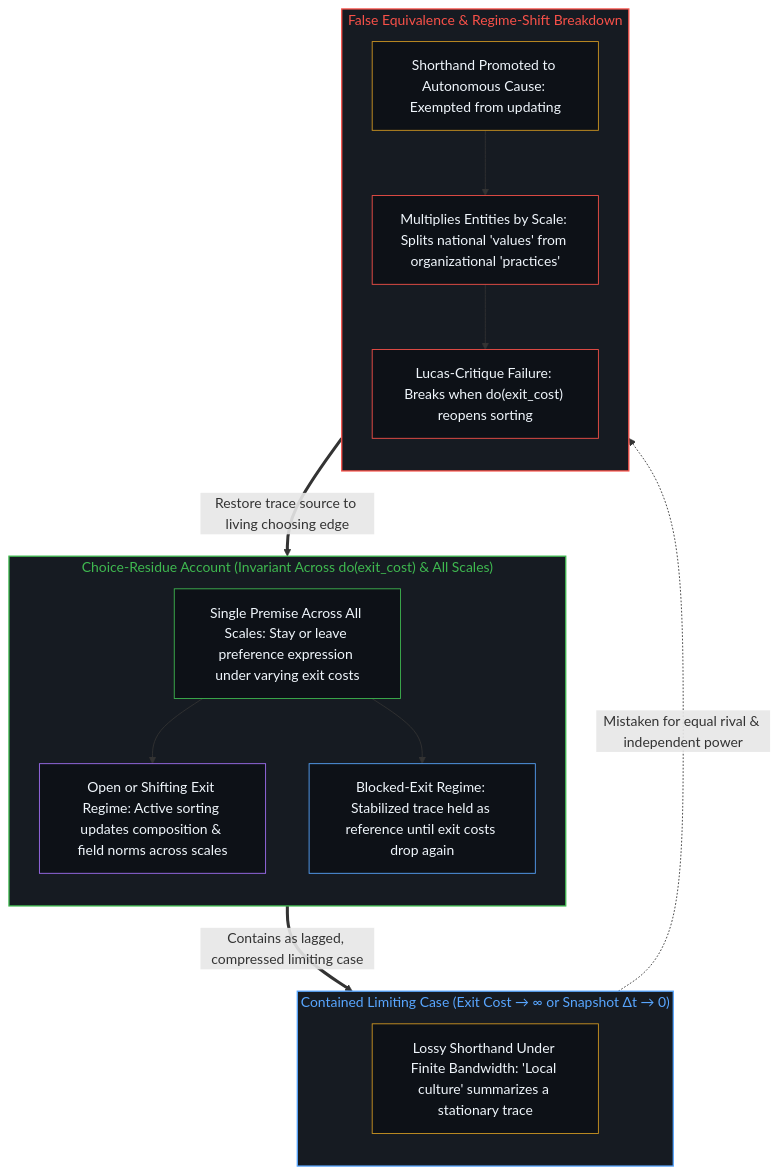
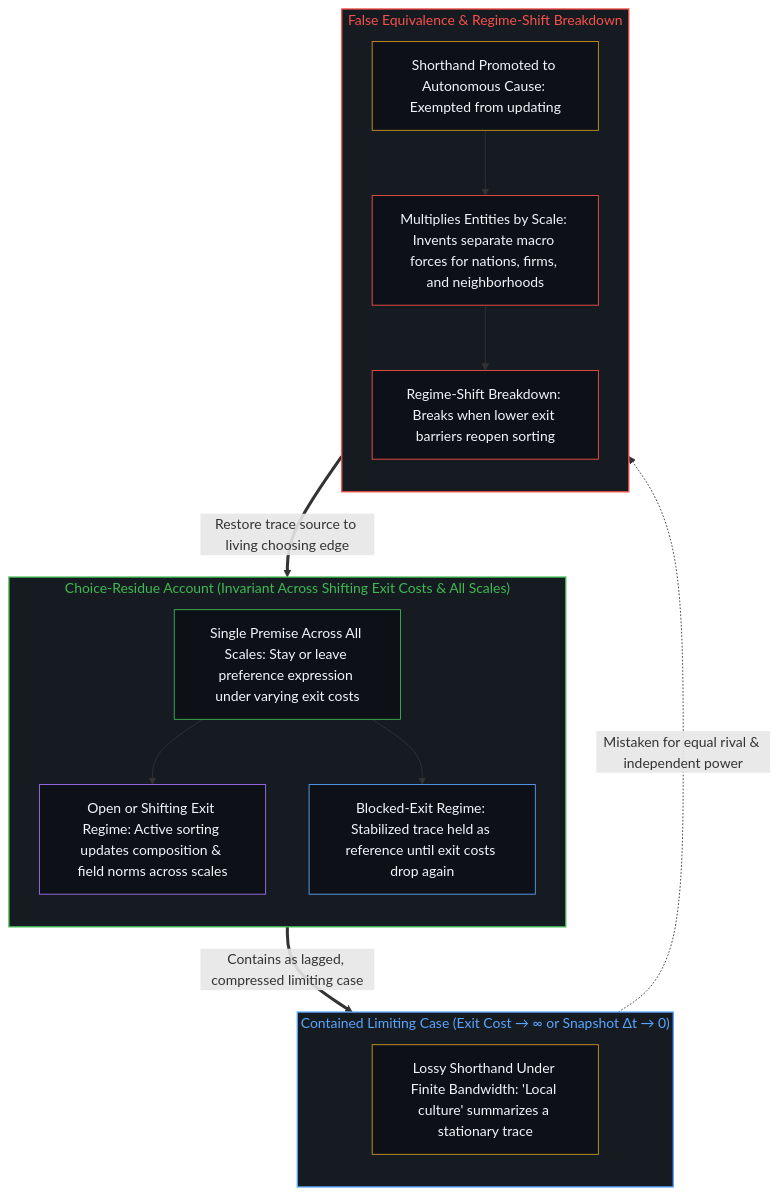
The fourth of 4 diagrams in content/posts/the-residue-of-sorting-and-the-non-equivalence-of-interpretations.md (powerpig99/not-a-toe), drawn with Mermaid before and after one commit. The commit also changed other lines of this file and 24 other files, not shown here.

````diff
--- a/content/posts/the-residue-of-sorting-and-the-non-equivalence-of-interpretations.md
+++ b/content/posts/the-residue-of-sorting-and-the-non-equivalence-of-interpretations.md
@@ -161,35 +157,35 @@
 ```mermaid
 flowchart TD
-    subgraph S_Res["Choice-Residue Account (Invariant Across do(exit_cost) & All Scales)"]
+    subgraph S_Res["Choice-Residue Account (Invariant Across Shifting Exit Costs & All Scales)"]
         direction TB
         R1["Single Premise Across All Scales: Stay or leave preference expression under varying exit costs"]
         R2["Open or Shifting Exit Regime: Active sorting updates composition & field norms across scales"]
         R3["Blocked-Exit Regime: Stabilized trace held as reference until exit costs drop again"]
         R1 --> R2
         R1 --> R3
     end
     subgraph S_Lim["Contained Limiting Case (Exit Cost → ∞ or Snapshot Δt → 0)"]
         direction TB
         L1["Lossy Shorthand Under Finite Bandwidth: 'Local culture' summarizes a stationary trace"]
     end
     subgraph S_Fail["False Equivalence & Regime-Shift Breakdown"]
         direction TB
         F1["Shorthand Promoted to Autonomous Cause: Exempted from updating"]
-        F2["Multiplies Entities by Scale: Splits national 'values' from organizational 'practices'"]
-        F3["Lucas-Critique Failure: Breaks when do(exit_cost) reopens sorting"]
+        F2["Multiplies Entities by Scale: Invents separate macro forces for nations, firms, and neighborhoods"]
+        F3["Regime-Shift Breakdown: Breaks when lower exit barriers reopen sorting"]
         F1 --> F2 --> F3
     end
     R3 ==>|"Contains as lagged, compressed limiting case"| L1
     L1 -.->|"Mistaken for equal rival & independent power"| F1
     F3 ==>|"Restore trace source to living choosing edge"| R1
     style S_Res fill:#161b22,stroke:#3fb950,stroke-width:1.5px,color:#3fb950
     style S_Lim fill:#161b22,stroke:#58a6ff,stroke-width:1.5px,color:#58a6ff
     style S_Fail fill:#161b22,stroke:#f85149,stroke-width:1.5px,color:#f85149
     style R1 fill:#0d1117,stroke:#3fb950,stroke-width:1px,color:#f0f6fc
     style R2 fill:#0d1117,stroke:#a371f7,stroke-width:1px,color:#f0f6fc
     style R3 fill:#0d1117,stroke:#58a6ff,stroke-width:1px,color:#f0f6fc
     style L1 fill:#0d1117,stroke:#d29922,stroke-width:1px,color:#f0f6fc
     style F1 fill:#0d1117,stroke:#d29922,stroke-width:1px,color:#f0f6fc
     style F2 fill:#0d1117,stroke:#f85149,stroke-width:1px,color:#f0f6fc
     style F3 fill:#0d1117,stroke:#f85149,stroke-width:1px,color:#f0f6fc
 ```
````
